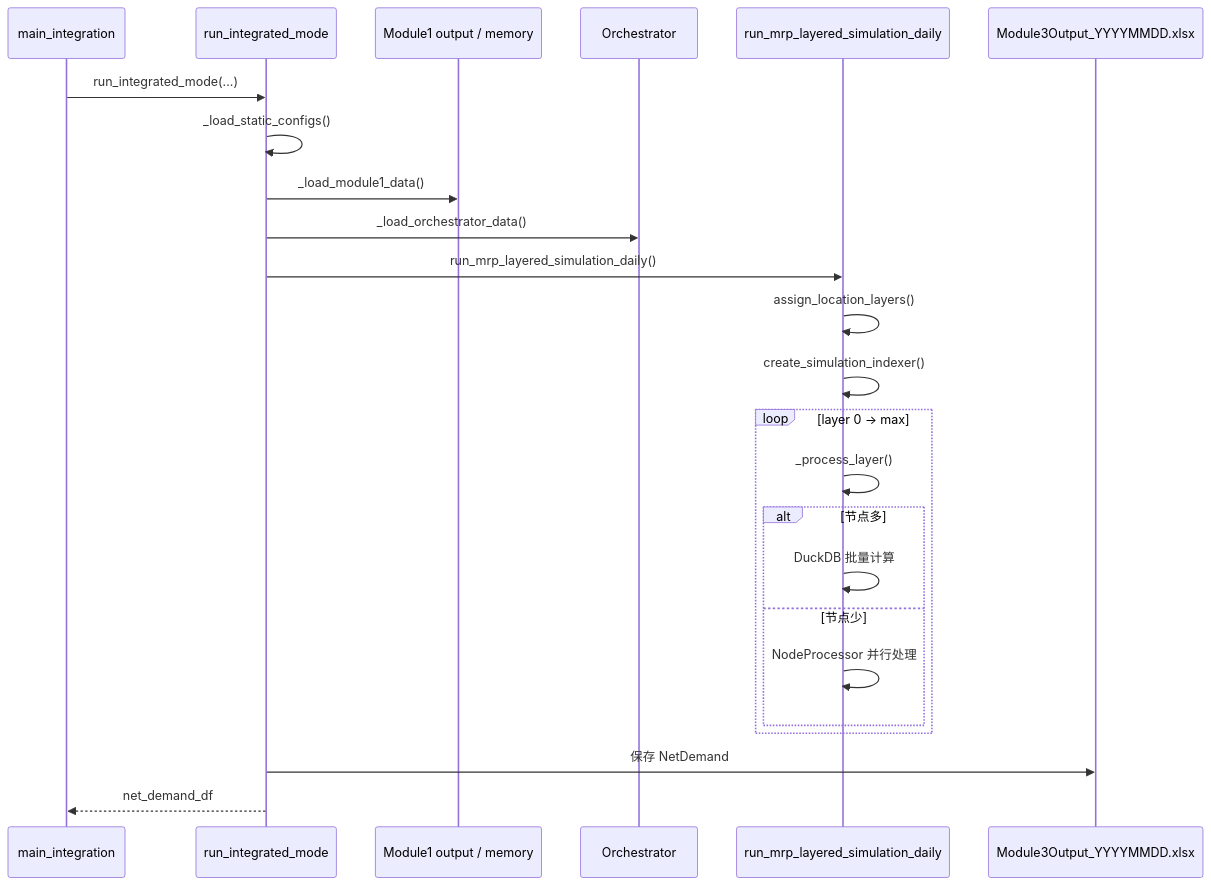
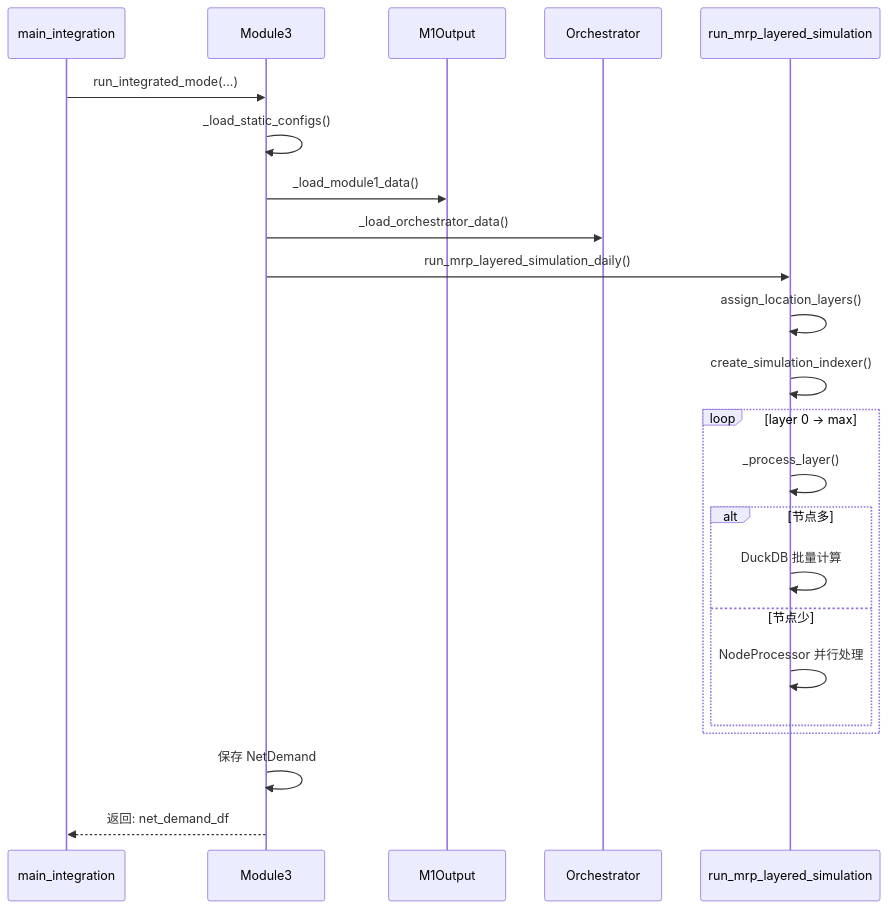
One commit to senzhang-ps/chainsight changed the seventh of 9 diagrams in docs/交接文档/Refactored/模块级时序图文档.md. Above: the diagram before and after it, drawn with Mermaid. The commit also changed other lines of this file, not shown here.

Commit message:
docs: 统一时序图格式 — 将M3/日末/DB模式的ASCII文本框转为Mermaid sequenceDiagram

````diff
--- a/docs/交接文档/Refactored/模块级时序图文档.md
+++ b/docs/交接文档/Refactored/模块级时序图文档.md
@@ -300,27 +301,28 @@
 ```mermaid
 sequenceDiagram
     participant MAIN as main_integration
-    participant M3 as run_integrated_mode
-    participant M1OUT as Module1 output / memory
+    participant M3 as Module3
+    participant M1OUT as M1Output
     participant ORC as Orchestrator
-    participant SIM as run_mrp_layered_simulation_daily
-    participant XLSX as Module3Output_YYYYMMDD.xlsx
+    participant SIM as run_mrp_layered_simulation
 
     MAIN->>M3: run_integrated_mode(...)
     M3->>M3: _load_static_configs()
     M3->>M1OUT: _load_module1_data()
     M3->>ORC: _load_orchestrator_data()
     M3->>SIM: run_mrp_layered_simulation_daily()
     SIM->>SIM: assign_location_layers()
     SIM->>SIM: create_simulation_indexer()
-    loop layer 0 -> max
+
+    loop layer 0 → max
         SIM->>SIM: _process_layer()
         alt 节点多
             SIM->>SIM: DuckDB 批量计算
         else 节点少
             SIM->>SIM: NodeProcessor 并行处理
         end
     end
-    M3->>XLSX: 保存 NetDemand
-    M3-->>MAIN: net_demand_df
+
+    M3->>M3: 保存 NetDemand
+    M3-->>MAIN: 返回: net_demand_df
 ```
````
